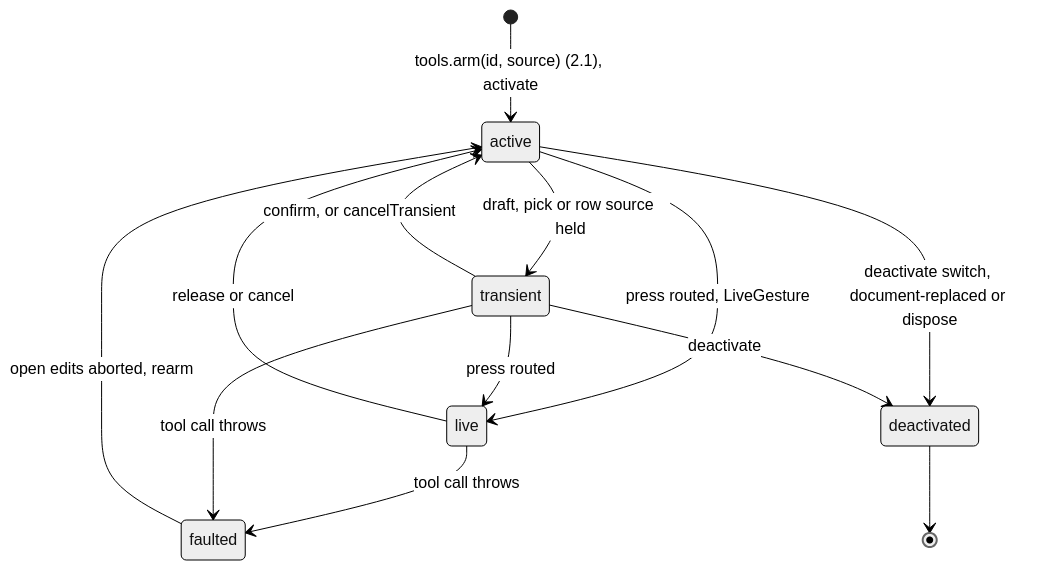
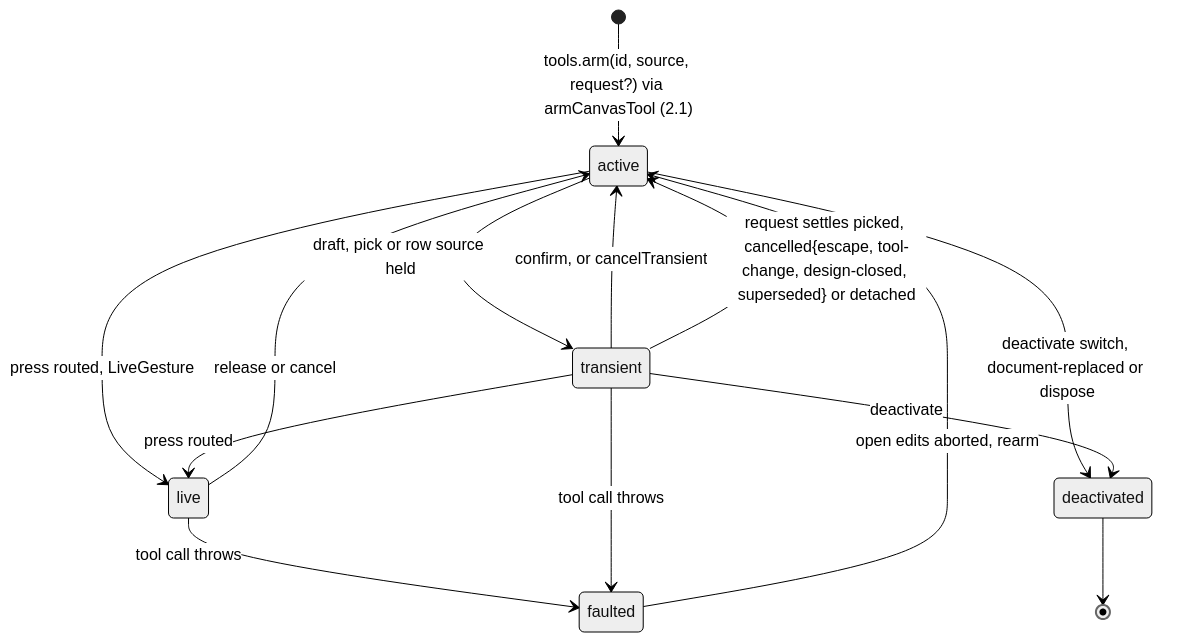
One commit to opencanopi/canopi changed the ninth of 14 diagrams in docs/architecture/states.md. Above: the diagram before and after it, drawn with Mermaid (neutral theme). The commit also changed other lines of this file and 33 other files, not shown here.

Commit message:
docs: apply the architecture review's findings to ADRs, plan, contracts, ledger and model

````diff
--- a/docs/architecture/states.md
+++ b/docs/architecture/states.md
@@ -198,15 +205,16 @@
 ```mermaid
 stateDiagram-v2
-  [*] --> active: tools.arm(id, source) (2.1), activate
+  [*] --> active: tools.arm(id, source, request?) via armCanvasTool (2.1)
   active --> transient: draft, pick or row source held
   transient --> active: confirm, or cancelTransient
+  transient --> active: request settles picked, cancelled{escape, tool-change, design-closed, superseded} or detached
   active --> live: press routed, LiveGesture
   transient --> live: press routed
   live --> active: release or cancel
   live --> faulted: tool call throws
   transient --> faulted: tool call throws
   faulted --> active: open edits aborted, rearm
   active --> deactivated: deactivate switch, document-replaced or dispose
   transient --> deactivated: deactivate
   deactivated --> [*]
 ```
````
